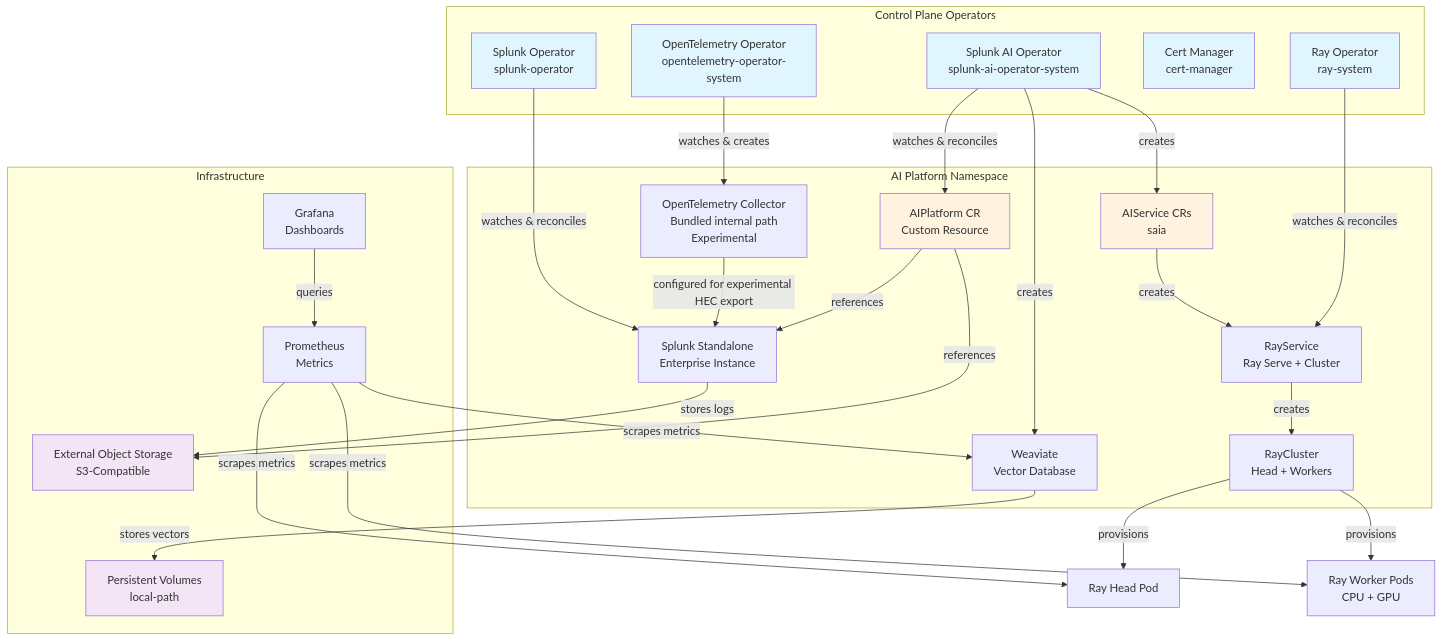
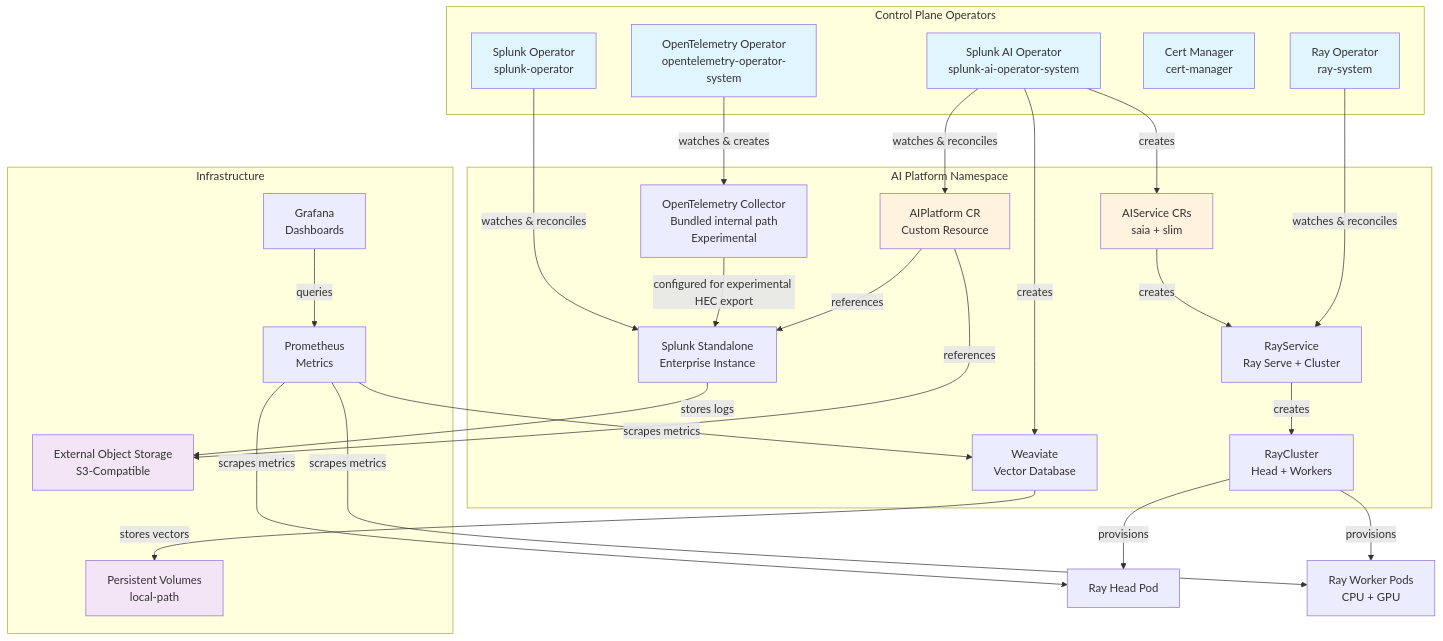
The diagram in docs/ai-tier-docs/K0S_README.md (splunk/splunk-ai-operator), drawn with Mermaid before and after one commit. The commit also changed other lines of this file and 3 other files, not shown here.

````diff
--- a/docs/ai-tier-docs/K0S_README.md
+++ b/docs/ai-tier-docs/K0S_README.md
@@ -933,61 +937,61 @@
 ```mermaid
 graph TB
     subgraph "Control Plane Operators"
         AIOP[Splunk AI Operator<br/>splunk-ai-operator-system]
         SPLOP[Splunk Operator<br/>splunk-operator]
         RAYOP[Ray Operator<br/>ray-system]
         CERTMGR[Cert Manager<br/>cert-manager]
         OTELOP[OpenTelemetry Operator<br/>opentelemetry-operator-system]
     end
 
     subgraph "AI Platform Namespace"
         AIPLATFORM[AIPlatform CR<br/>Custom Resource]
-        AISERVICE[AIService CRs<br/>saia]
+        AISERVICE[AIService CRs<br/>saia + slim]
         RAYSERVICE[RayService<br/>Ray Serve + Cluster]
         RAYCLUSTER[RayCluster<br/>Head + Workers]
         WEAVIATE[Weaviate<br/>Vector Database]
         SPLUNK[Splunk Standalone<br/>Enterprise Instance]
         OTELCOL[OpenTelemetry Collector<br/>Bundled internal path<br/>Experimental]
     end
 
     subgraph "Infrastructure"
         OBJSTORE[External Object Storage<br/>S3-Compatible]
         PROMETHEUS[Prometheus<br/>Metrics]
         GRAFANA[Grafana<br/>Dashboards]
         STORAGE[Persistent Volumes<br/>local-path]
     end
 
     AIOP -->|watches & reconciles| AIPLATFORM
     AIOP -->|creates| AISERVICE
     AIOP -->|creates| WEAVIATE
     AISERVICE -->|creates| RAYSERVICE
     RAYOP -->|watches & reconciles| RAYSERVICE
     RAYSERVICE -->|creates| RAYCLUSTER
     RAYCLUSTER -->|provisions| RAYHEAD[Ray Head Pod]
     RAYCLUSTER -->|provisions| RAYWORKER[Ray Worker Pods<br/>CPU + GPU]
 
     SPLOP -->|watches & reconciles| SPLUNK
     SPLUNK -->|stores logs| OBJSTORE
 
     OTELOP -->|watches & creates| OTELCOL
     OTELCOL -->|configured for experimental HEC export| SPLUNK
 
     AIPLATFORM -->|references| OBJSTORE
     AIPLATFORM -->|references| SPLUNK
     WEAVIATE -->|stores vectors| STORAGE
 
     PROMETHEUS -->|scrapes metrics| RAYHEAD
     PROMETHEUS -->|scrapes metrics| RAYWORKER
     PROMETHEUS -->|scrapes metrics| WEAVIATE
     GRAFANA -->|queries| PROMETHEUS
 
     style AIOP fill:#e1f5ff
     style SPLOP fill:#e1f5ff
     style RAYOP fill:#e1f5ff
     style CERTMGR fill:#e1f5ff
     style OTELOP fill:#e1f5ff
     style AIPLATFORM fill:#fff3e0
     style AISERVICE fill:#fff3e0
     style OBJSTORE fill:#f3e5f5
     style STORAGE fill:#f3e5f5
 ```
````
